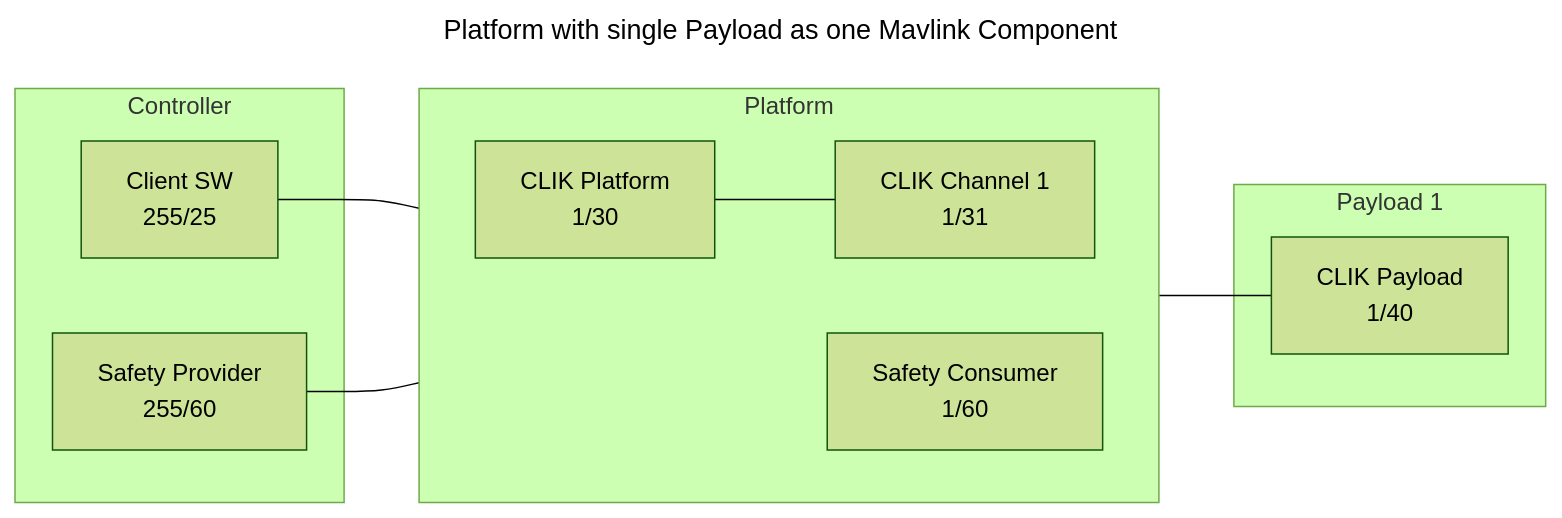
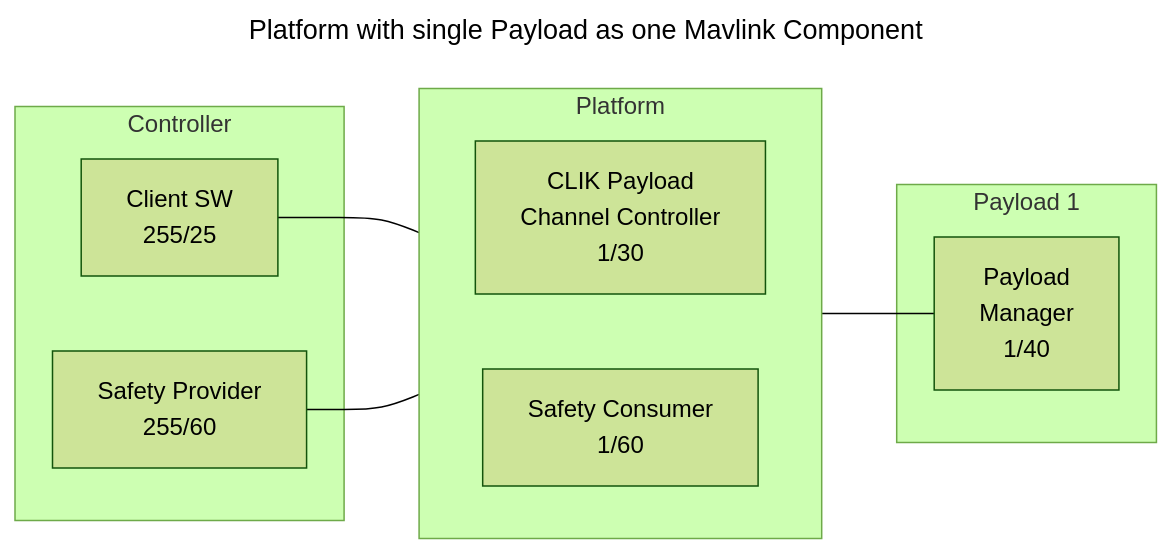
Before and after one commit to DEVCOM-Armaments-Center/mavlink-military: the first of 4 diagrams in docs/en/services/clik.md, drawn with Mermaid (forest theme). The commit also changed other lines of this file, not shown here.

Commit message:
docs(site): Update to Payload Manager and mavlink id setter

````diff
--- a/docs/en/services/clik.md
+++ b/docs/en/services/clik.md
@@ -59,21 +54,21 @@
 ```mermaid
 ---
 title: Platform with single Payload as one Mavlink Component
 ---
 flowchart LR
   subgraph Controller
     USR["Client SW<br/>255/25"]
     SP["Safety Provider<br/>255/60"]
   end
   subgraph Platform
     direction LR
-    PI["CLIK Platform<br/>1/30"] --- CH1["CLIK Channel 1<br/>1/31"]
+    PI["CLIK Payload<br/>Channel Controller<br/>1/30"]
     SI["Safety Consumer<br/>1/60"]
   end
   subgraph PL1["Payload 1"]
-    C1["CLIK Payload<br/>1/40"]
+    C1["Payload<br/>Manager<br/>1/40"]
   end
   USR --- PI
   SP --- SI
-  CH1 --- C1
+  PI --- C1
 ```
````
